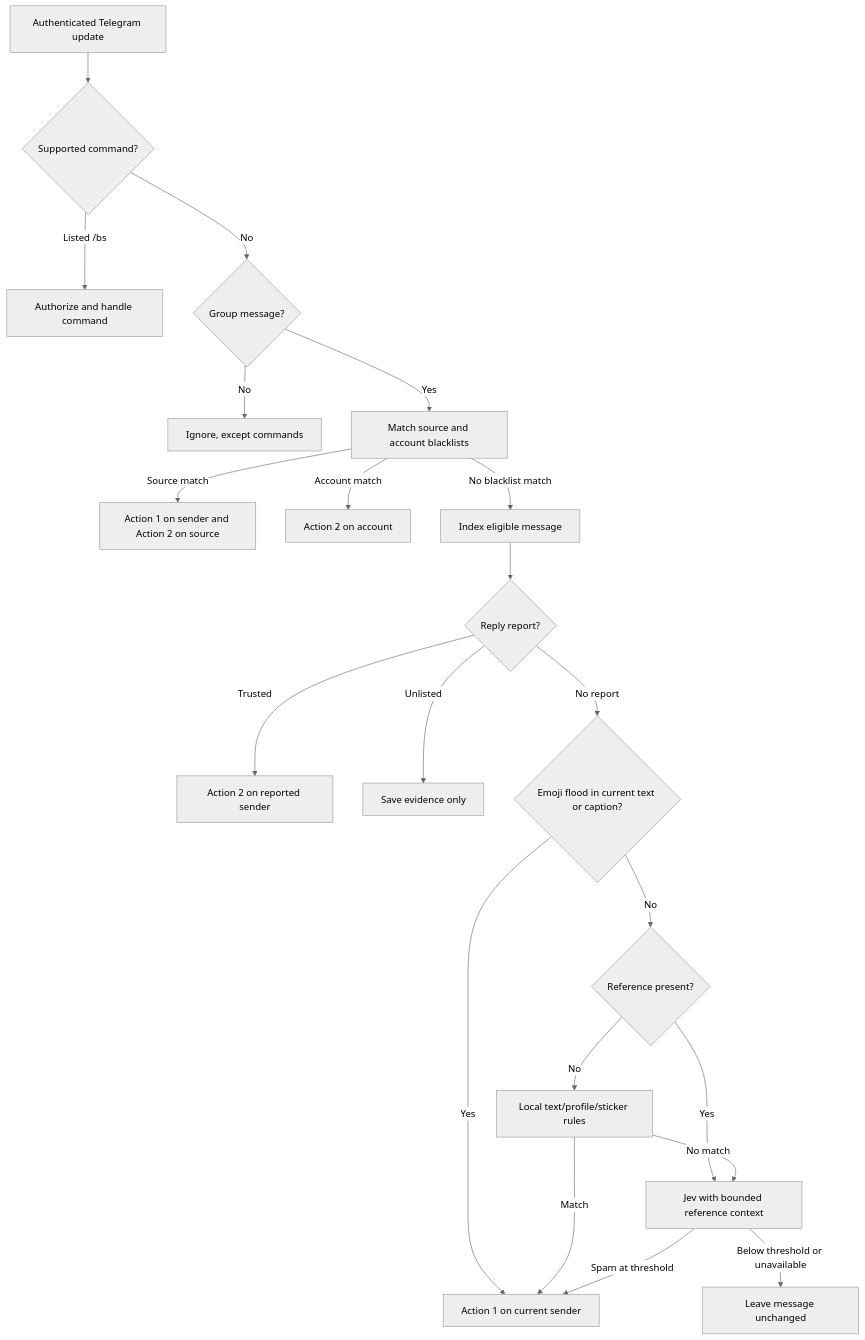
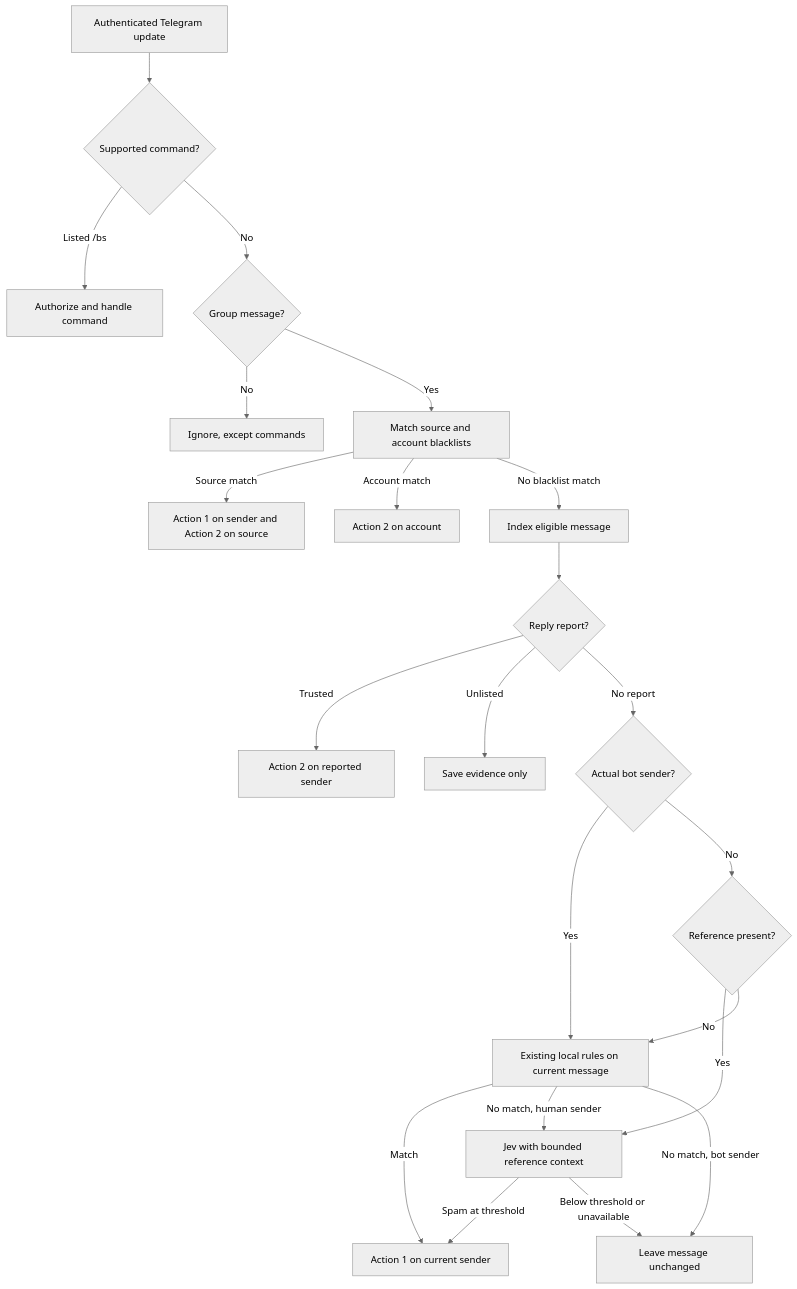
Before and after one commit to IceCodeNew/anti-fwd-spam: the first of 2 diagrams in docs/behavior.md, drawn with Mermaid (neutral theme). The commit also changed other lines of this file and 13 other files, not shown here.

First line of the commit message:
fix: blacklist guest bot senders and reuse local routing

````diff
--- a/docs/behavior.md
+++ b/docs/behavior.md
@@ -30,23 +30,24 @@
 ```mermaid
 flowchart TD
     A[Authenticated Telegram update] --> B{Supported command?}
     B -->|Listed /bs| C[Authorize and handle command]
     B -->|No| D{Group message?}
     D -->|No| E[Ignore, except commands]
     D -->|Yes| F[Match source and account blacklists]
     F -->|Source match| G[Action 1 on sender and Action 2 on source]
     F -->|Account match| H[Action 2 on account]
     F -->|No blacklist match| I[Index eligible message]
     I --> J{Reply report?}
     J -->|Trusted| K[Action 2 on reported sender]
     J -->|Unlisted| L[Save evidence only]
-    J -->|No report| R{Emoji flood in current text or caption?}
-    R -->|Yes| P[Action 1 on current sender]
+    J -->|No report| R{Actual bot sender?}
+    R -->|Yes| O[Existing local rules on current message]
     R -->|No| M{Reference present?}
     M -->|Yes| N[Jev with bounded reference context]
-    M -->|No| O[Local text/profile/sticker rules]
+    M -->|No| O
     O -->|Match| P[Action 1 on current sender]
-    O -->|No match| N
+    O -->|No match, human sender| N
+    O -->|No match, bot sender| Q[Leave message unchanged]
     N -->|Spam at threshold| P
     N -->|Below threshold or unavailable| Q[Leave message unchanged]
 ```
````
